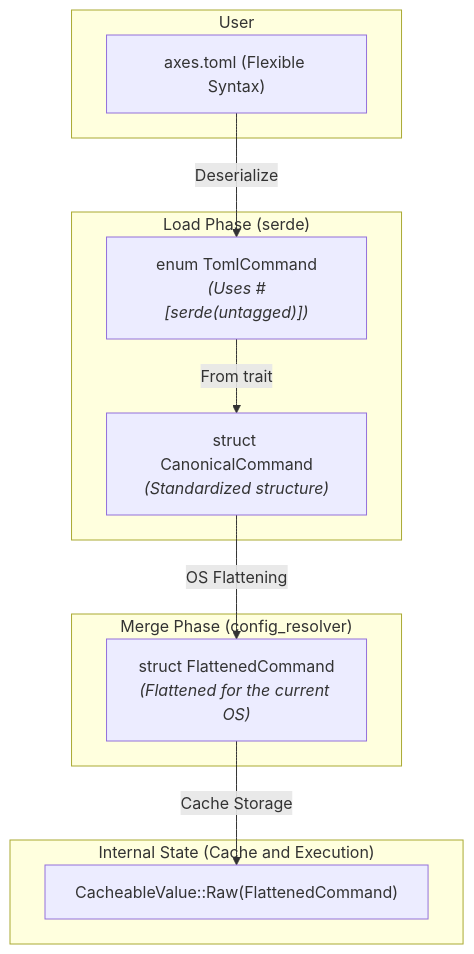
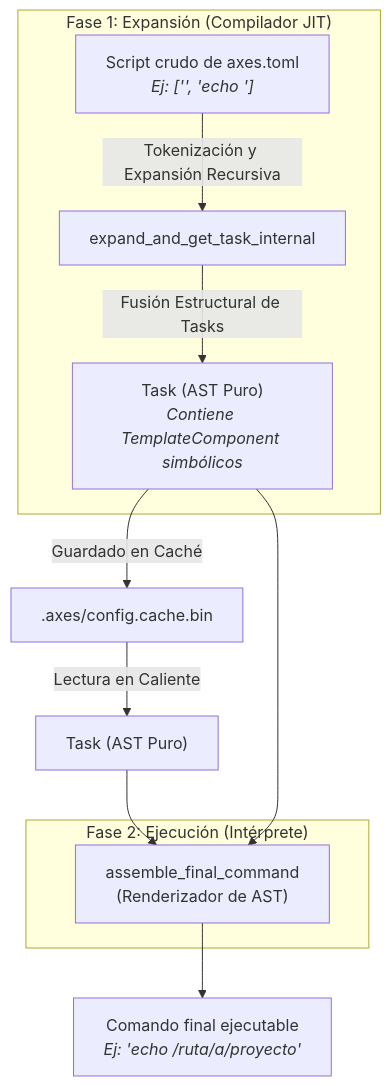
One commit to RetypeOS/axes changed the second of 6 diagrams in TECNICAL.md. Above: the diagram before and after it, drawn with Mermaid. The commit also changed other lines of this file and 8 other files, not shown here.

````diff
--- a/TECNICAL.md
+++ b/TECNICAL.md
@@ -103,24 +97,18 @@
-    ```mermaid
-    graph TD
-        subgraph "User"
-            A["axes.toml (Flexible Syntax)"];
-        end
+```mermaid
+graph TD
+    subgraph "Fase 1: Expansión (Compilador JIT)"
+        A["Script crudo de axes.toml<br><i>Ej: ['<axes::scripts::sub>', 'echo <axes::path>']</i>"] -->|Tokenización y Expansión Recursiva| B["expand_and_get_task_internal"];
+        B -- Fusión Estructural de Tasks --> C["Task (AST Puro)<br><i>Contiene TemplateComponent simbólicos</i>"];
+    end
+    
+    subgraph "Fase 2: Ejecución (Intérprete)"
+         F["assemble_final_command<br>(Renderizador de AST)"]
+    end
 
-        subgraph "Load Phase (serde)"
-            B["enum TomlCommand<br><i>(Uses #[serde(untagged)])</i>"];
-            C["struct CanonicalCommand<br><i>(Standardized structure)</i>"];
-        end
-        
-        subgraph "Merge Phase (config_resolver)"
-            D["struct FlattenedCommand<br><i>(Flattened for the current OS)</i>"];
-        end
+    C --> |Guardado en Caché| D[".axes/config.cache.bin"];
+    D --> |Lectura en Caliente| E["Task (AST Puro)"];
+    E --> F;
+    C --> F;
 
-        subgraph "Internal State (Cache and Execution)"
-            E["CacheableValue::Raw(FlattenedCommand)"];
-        end
-
-        A --"Deserialize"--> B;
-        B --"From trait"--> C;
-        C --"OS Flattening"--> D;
-        D --"Cache Storage"--> E;
-    ```
+    F --> G["Comando final ejecutable<br><i>Ej: 'echo /ruta/a/proyecto'</i>"];
+```
````
